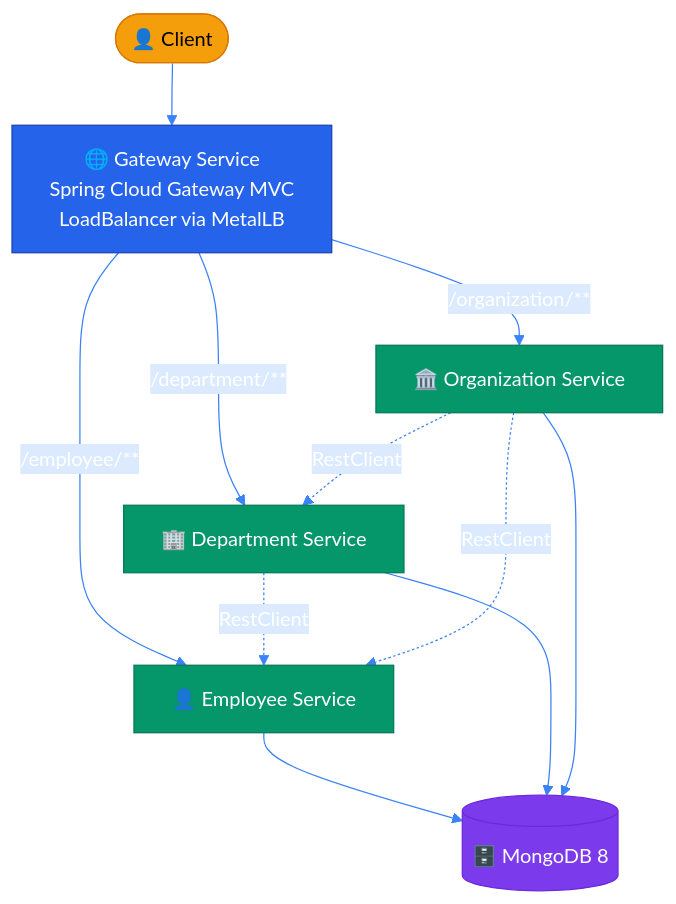
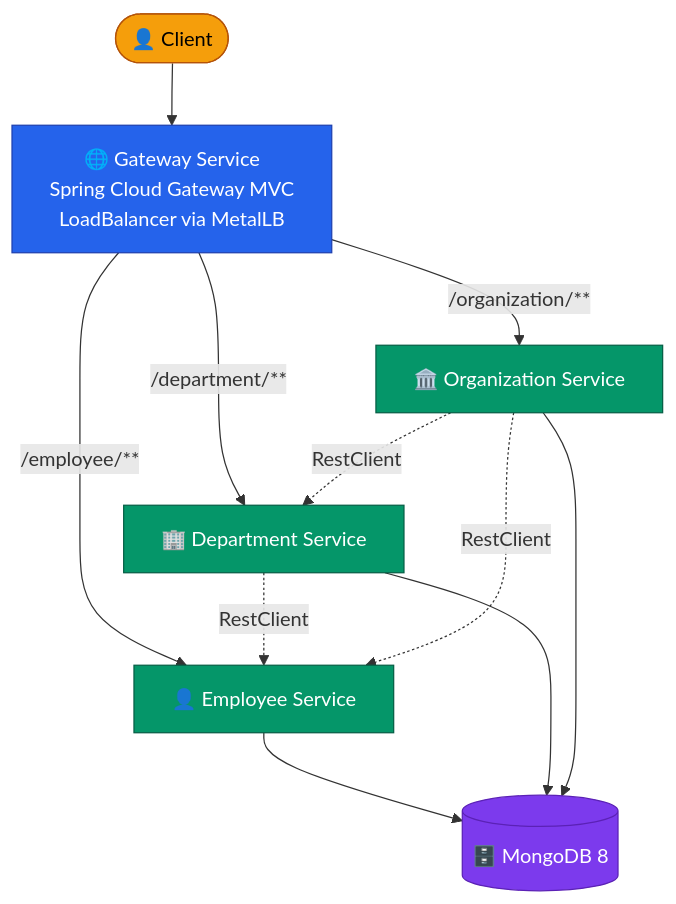
Before and after one commit to AndriyKalashnykov/spring-microservices-k8s: the diagram in README.md, drawn with Mermaid. The commit also changed 1 other file, not shown here.

````diff
--- a/README.md
+++ b/README.md
@@ -26,35 +26,36 @@
 ```mermaid
-%%{init: {'theme': 'base', 'themeVariables': {
-  'primaryColor': '#1e40af',
-  'primaryTextColor': '#ffffff',
-  'primaryBorderColor': '#1e3a5f',
-  'lineColor': '#3b82f6',
-  'secondaryColor': '#dbeafe',
-  'tertiaryColor': '#f0f9ff',
-  'fontFamily': 'arial'
-}}}%%
+%% No `init` block: lets GitHub auto-switch between Mermaid's default
+%% (light) and dark themes based on the viewer's GitHub theme. Custom
+%% classDef brand colors below override the theme for nodes and stay
+%% readable on both backgrounds (saturated mid-tones with forced text
+%% color). Edge labels are rendered by the stock Mermaid theme so they
+%% adapt automatically and don't disappear on dark mode.
 graph TB
     Client([👤 Client]):::client --> Gateway[🌐 Gateway Service<br/>Spring Cloud Gateway MVC<br/>LoadBalancer via MetalLB]
 
     Gateway -->|/employee/**| Employee[👤 Employee Service]
     Gateway -->|/department/**| Department[🏢 Department Service]
     Gateway -->|/organization/**| Organization[🏛️ Organization Service]
 
     Department -.->|RestClient| Employee
     Organization -.->|RestClient| Employee
     Organization -.->|RestClient| Department
 
     Employee --> MongoDB[(🗄️ MongoDB 8)]
     Department --> MongoDB
     Organization --> MongoDB
 
-    classDef client fill:#f59e0b,stroke:#d97706,color:#000
-    classDef gateway fill:#2563eb,stroke:#1e40af,color:#fff
-    classDef service fill:#059669,stroke:#047857,color:#fff
-    classDef db fill:#7c3aed,stroke:#6d28d9,color:#fff
+    %% Theme-adaptive palette: saturated brand colors with explicit text
+    %% colors so contrast holds on both white and #0d1117 backgrounds.
+    %% Amber uses black text (7.4:1 vs amber-500), the rest use white text
+    %% on Tailwind-600 fills (4.3-4.6:1, passes WCAG AA for large text).
+    classDef client fill:#f59e0b,stroke:#b45309,color:#000000
+    classDef gateway fill:#2563eb,stroke:#1e40af,color:#ffffff
+    classDef service fill:#059669,stroke:#065f46,color:#ffffff
+    classDef db fill:#7c3aed,stroke:#5b21b6,color:#ffffff
 
     class Client client
     class Gateway gateway
     class Employee,Department,Organization service
     class MongoDB db
 ```
````
